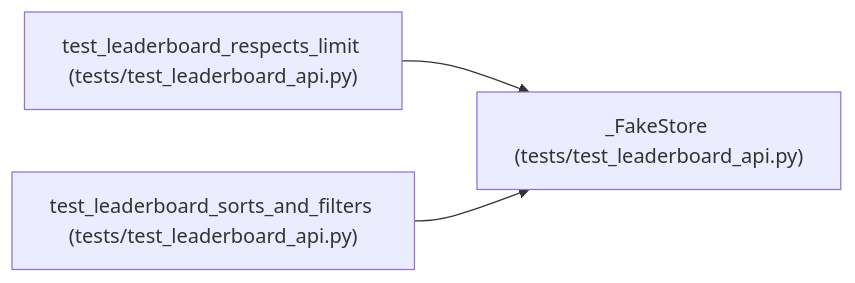
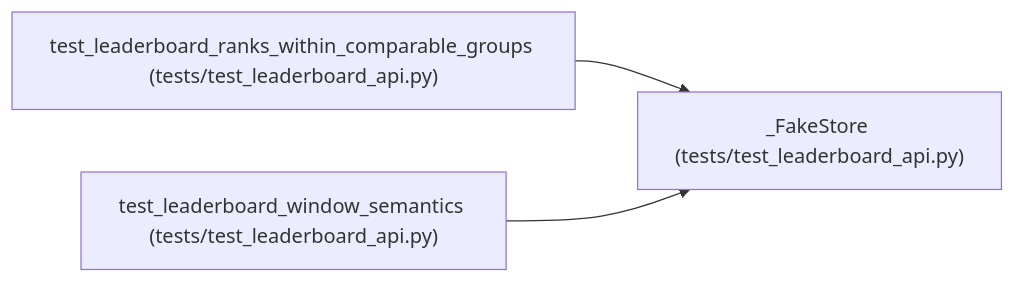
Before and after one commit to Denissvgn/autoresearch-agent: the diagram in docs/llm_wiki/entities/test_leaderboard_api_FakeStore.md, drawn with Mermaid. The commit also changed other lines of this file and 1033 other files, not shown here.

````diff
--- a/docs/llm_wiki/entities/test_leaderboard_api_FakeStore.md
+++ b/docs/llm_wiki/entities/test_leaderboard_api_FakeStore.md
@@ -26,11 +26,11 @@
 ```mermaid
 flowchart LR
     n0["_FakeStore (tests/test_leaderboard_api.py)"]
-    n1["test_leaderboard_respects_limit (tests/test_leaderboard_api.py)"]
-    n2["test_leaderboard_sorts_and_filters (tests/test_leaderboard_api.py)"]
+    n1["test_leaderboard_ranks_within_comparable_groups (tests/test_leaderboard_api.py)"]
+    n2["test_leaderboard_window_semantics (tests/test_leaderboard_api.py)"]
     n1 --> n0
     n2 --> n0
     click n0 "../modules/test_leaderboard_api.md"
     click n1 "../modules/test_leaderboard_api.md"
     click n2 "../modules/test_leaderboard_api.md"
 ```
````
